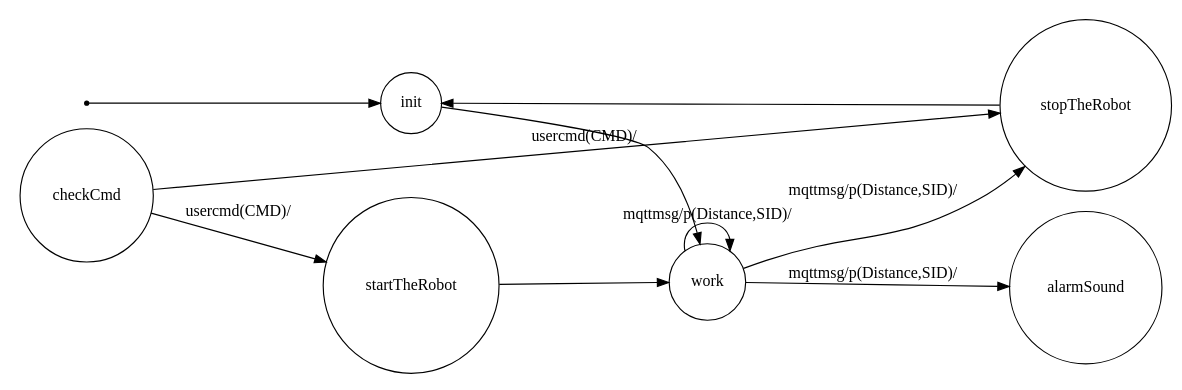
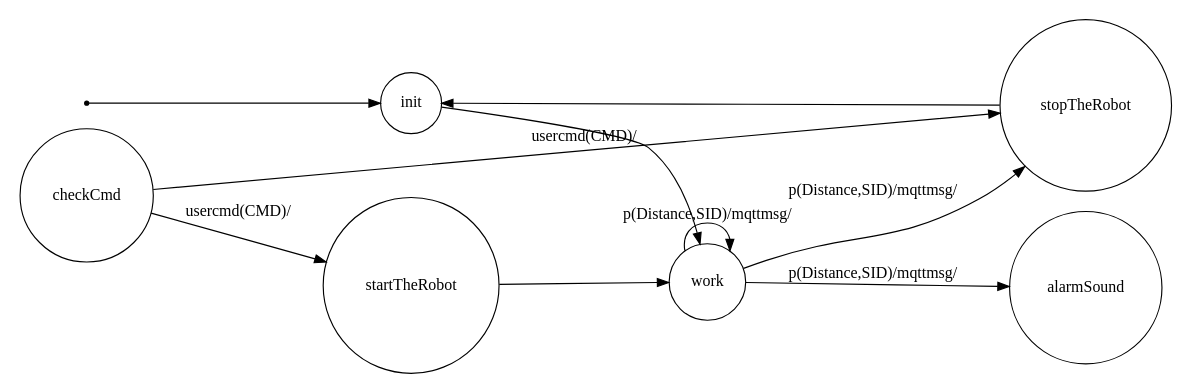
The diagram in srcMore/it/unibo/controller/dotFsm.gv (Diantha/TemaFinaleISS), drawn with Graphviz before and after one commit. The commit also changed 40 other files, not shown here.

```diff
--- a/srcMore/it/unibo/controller/dotFsm.gv
+++ b/srcMore/it/unibo/controller/dotFsm.gv
@@ -1,31 +1,31 @@
 /*
 *
 * A GraphViz DOT FSM description 
 * Please use a GraphViz visualizer (like http://www.webgraphviz.com)
 * 
 * Generated by AM,NC,RM
 *  
 */
  
 digraph finite_state_machine {
   	rankdir=LR;
   	size="8,5"
   	node [shape = point]; iniziale;
   	node [shape = doublecircle]; 
   	node [shape = circle];
   	iniziale -> init [label = ""];
   	
   	
   	init -> work [ label = ""];
   	
-  	work -> alarmSound [ label = "mqttmsg/p(Distance,SID)/"];
-  	work -> stopTheRobot [ label = "mqttmsg/p(Distance,SID)/"];
-  	work -> work [ label = "mqttmsg/p(Distance,SID)/"];
+  	work -> alarmSound [ label = "p(Distance,SID)/mqttmsg/"];
+  	work -> stopTheRobot [ label = "p(Distance,SID)/mqttmsg/"];
+  	work -> work [ label = "p(Distance,SID)/mqttmsg/"];
   	
   	checkCmd -> stopTheRobot [ label = "usercmd(CMD)/"];
   	checkCmd -> startTheRobot [ label = "usercmd(CMD)/"];
   	
   	startTheRobot -> work [ label = ""];
   	
   	stopTheRobot -> init [ label = ""];
 }
```
